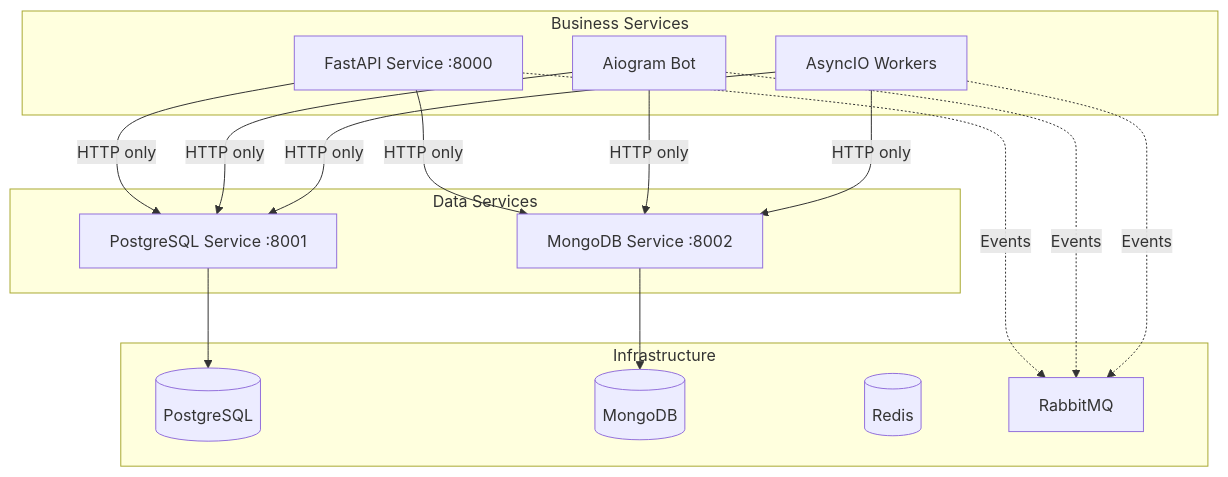
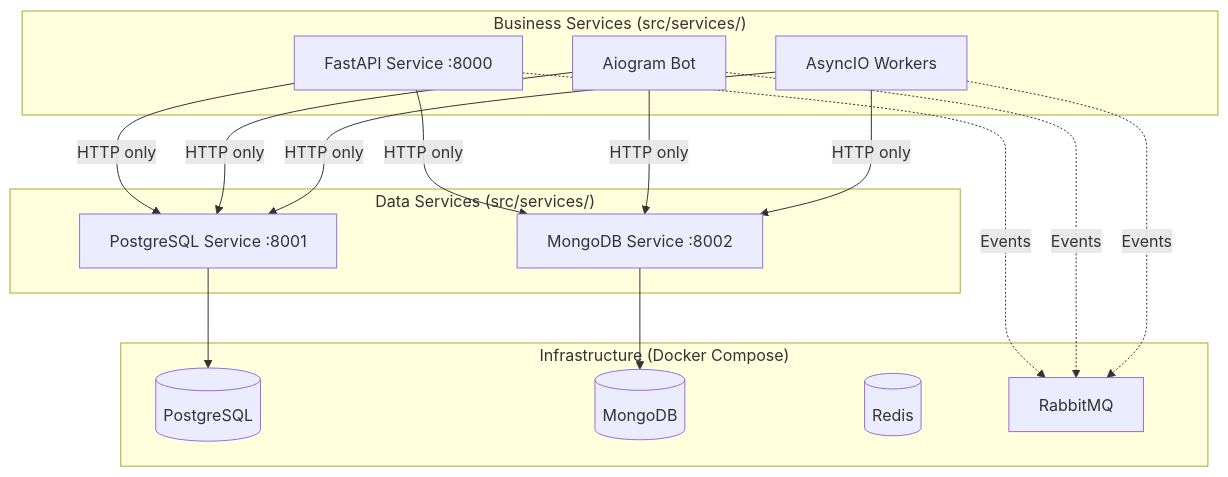
The diagram in README.md (bgs2509/doc4microservices), drawn with Mermaid before and after one commit. The commit also changed other lines of this file and 4 other files, not shown here.

````diff
--- a/README.md
+++ b/README.md
@@ -48,34 +128,34 @@
 ```mermaid
 graph TB
-    subgraph "Business Services"
+    subgraph "Business Services (src/services/)"
         API[FastAPI Service :8000]
         BOT[Aiogram Bot]
         WORKER[AsyncIO Workers]
     end
 
-    subgraph "Data Services"
+    subgraph "Data Services (src/services/)"
         PG[PostgreSQL Service :8001]
         MONGO[MongoDB Service :8002]
     end
 
-    subgraph "Infrastructure"
+    subgraph "Infrastructure (Docker Compose)"
         POSTGRES[(PostgreSQL)]
         MONGODB[(MongoDB)]
         REDIS[(Redis)]
         RABBIT[RabbitMQ]
     end
 
     API -->|HTTP only| PG
     API -->|HTTP only| MONGO
     BOT -->|HTTP only| PG
     BOT -->|HTTP only| MONGO
     WORKER -->|HTTP only| PG
     WORKER -->|HTTP only| MONGO
 
     PG --> POSTGRES
     MONGO --> MONGODB
 
     API -.->|Events| RABBIT
     BOT -.->|Events| RABBIT
     WORKER -.->|Events| RABBIT
 ```
````
